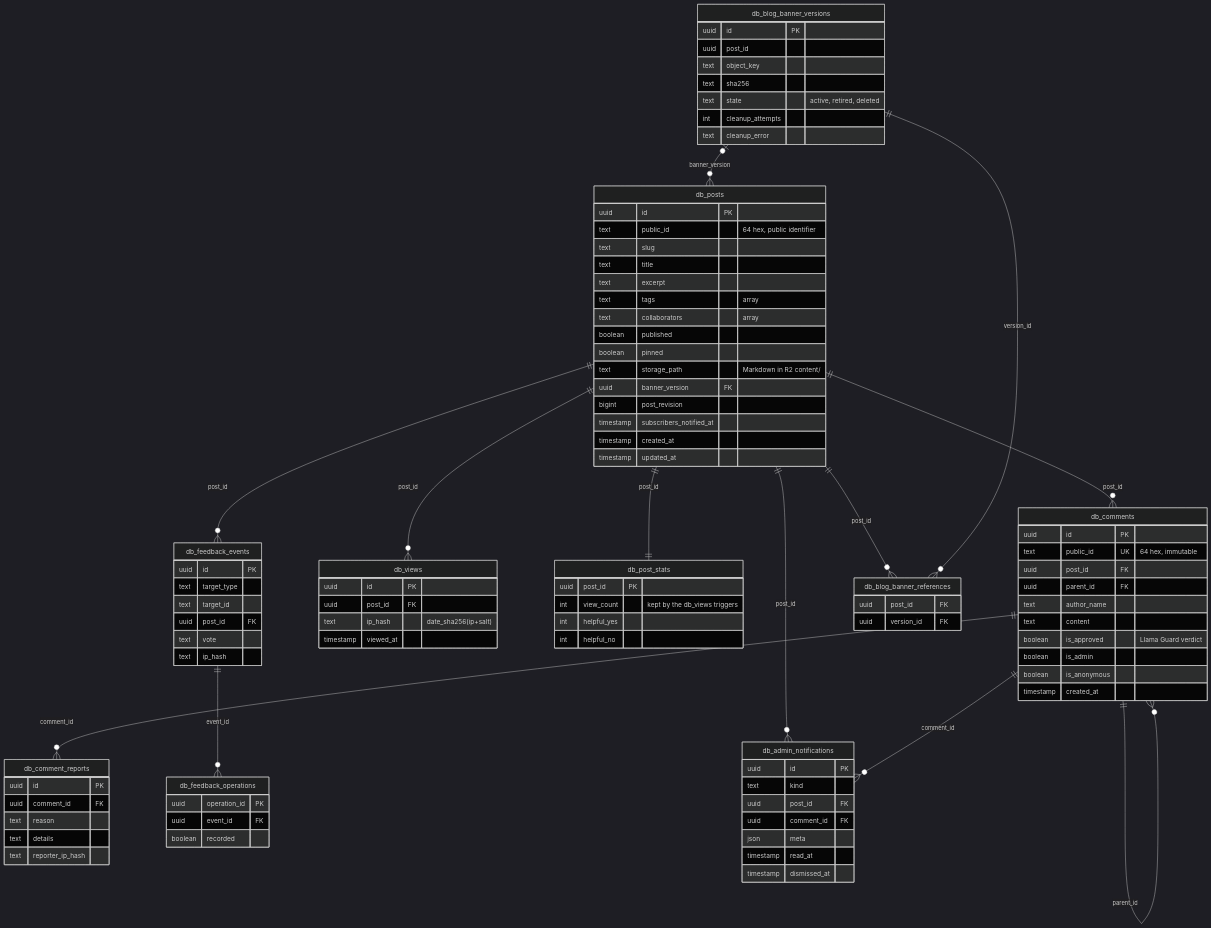
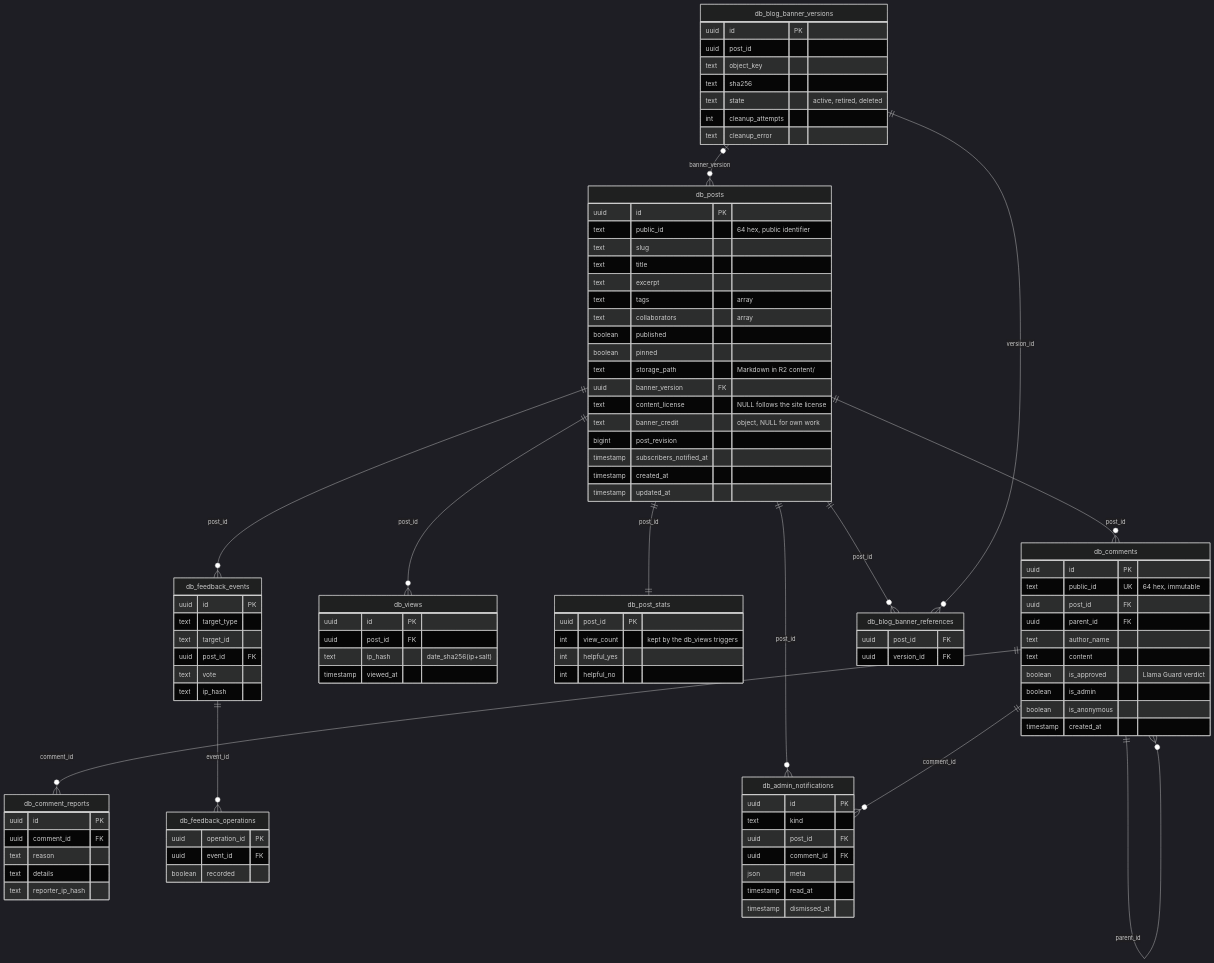
One commit to farhnkrnapratma/idstead changed the first of 2 diagrams in docs/003-architecture/009-database-schema.md. Above: the diagram before and after it, drawn with Mermaid (dark theme). The commit also changed other lines of this file and 48 other files, not shown here.

```diff
--- a/docs/003-architecture/009-database-schema.md
+++ b/docs/003-architecture/009-database-schema.md
@@ -31,6 +31,8 @@
         boolean pinned
         text storage_path "Markdown in R2 content/"
         uuid banner_version FK
+        text content_license "NULL follows the site license"
+        text banner_credit "object, NULL for own work"
         bigint post_revision
         timestamp subscribers_notified_at
         timestamp created_at
```
